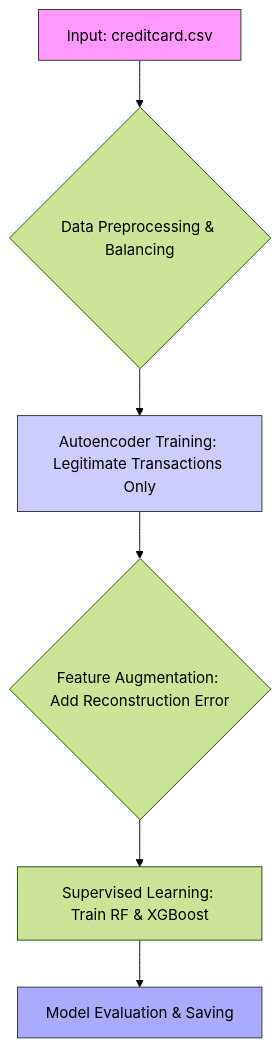
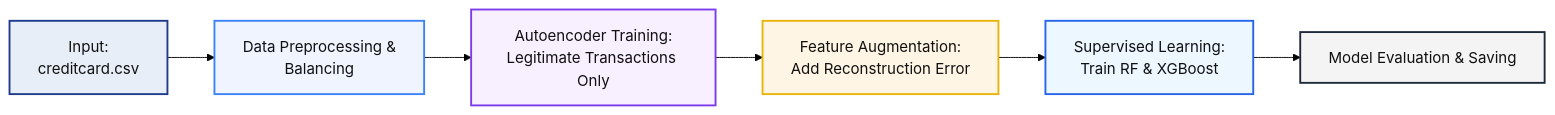
Before and after one commit to jaynakar/Hybrid-Fraud-Detection-Framework: the diagram in README.md, drawn with Mermaid (forest theme).

Commit message:
Revise flowchart direction and styles in README
Updated flowchart layout and styles in README.

````diff
--- a/README.md
+++ b/README.md
@@ -32,12 +32,16 @@
 ```mermaid
-flowchart TD
-A["Input: creditcard.csv"] --> B{Data Preprocessing & Balancing};
-B --> C[Autoencoder Training: Legitimate Transactions Only];
-C --> D{Feature Augmentation: Add Reconstruction Error};
-D --> E[Supervised Learning: Train RF & XGBoost];
-E --> F[Model Evaluation & Saving];
+flowchart LR
+A["Input:<br>creditcard.csv"] --> B["Data Preprocessing &<br>Balancing"]
+B --> C["Autoencoder Training:<br>Legitimate Transactions Only"]
+C --> D["Feature Augmentation:<br>Add Reconstruction Error"]
+D --> E["Supervised Learning:<br>Train RF & XGBoost"]
+E --> F["Model Evaluation & Saving"]
 
-style A fill:#f9f,stroke:#333
-style F fill:#aaf,stroke:#333
-style C fill:#ccf,stroke:#333
+%% --- Styles: professional corporate palette ---
+style A fill:#E7EEF7,stroke:#1E3A8A,stroke-width:2px,color:#111
+style B fill:#F0F4FF,stroke:#3B82F6,stroke-width:2px,color:#111
+style C fill:#F9F0FF,stroke:#7C3AED,stroke-width:2px,color:#111
+style D fill:#FFF5E5,stroke:#EAB308,stroke-width:2px,color:#111
+style E fill:#EDF7FF,stroke:#2563EB,stroke-width:2px,color:#111
+style F fill:#F4F4F5,stroke:#1E293B,stroke-width:2px,color:#111
 ```
````
